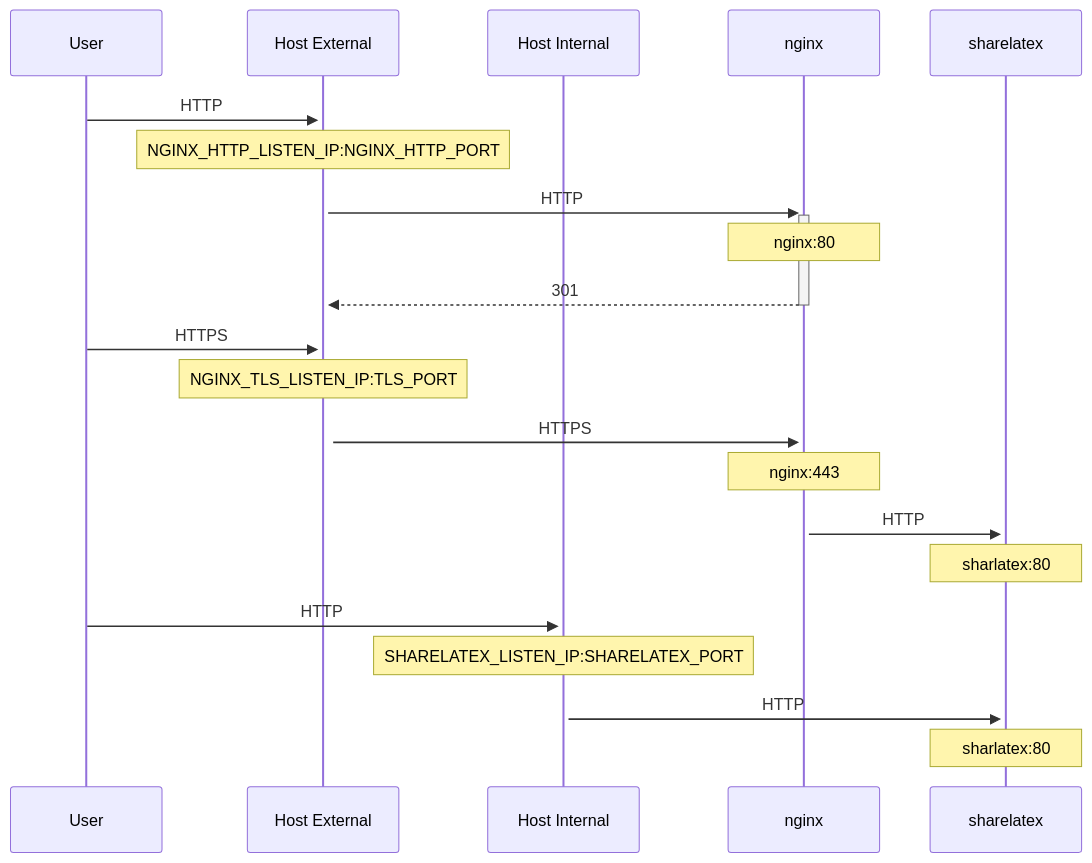
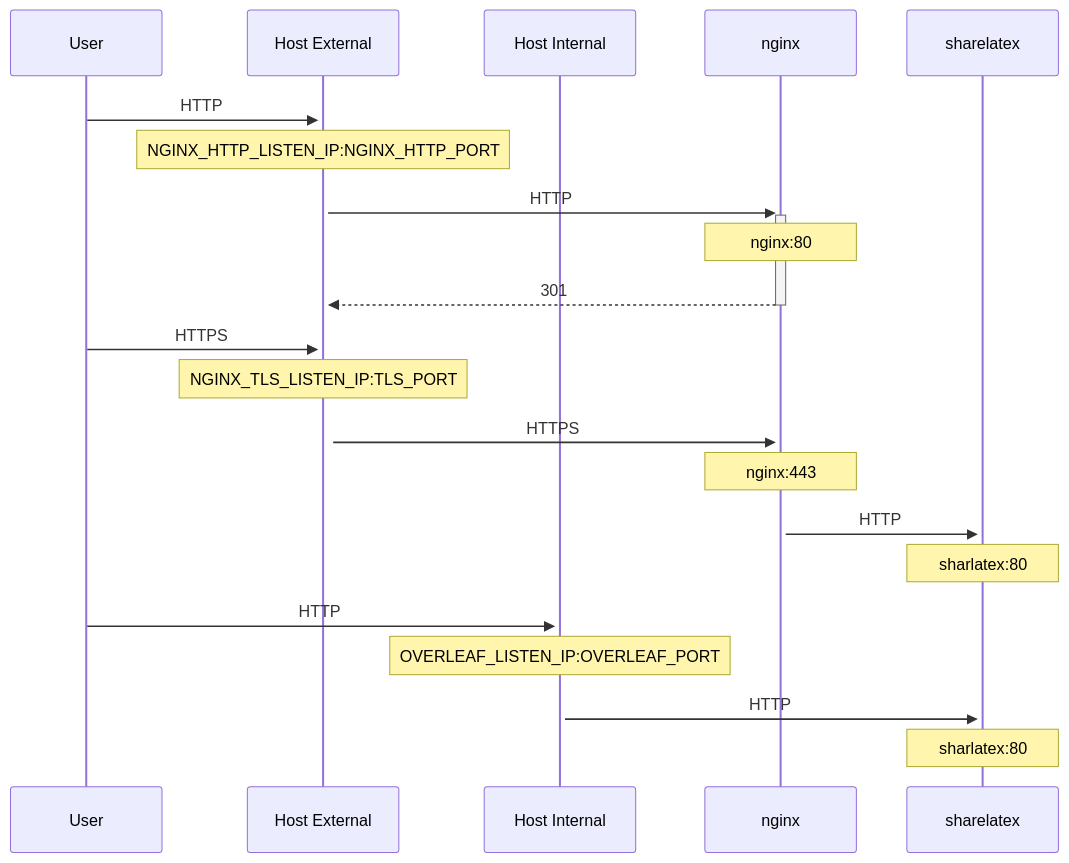
One commit to overleaf/toolkit changed the diagram in doc/tls-proxy.md. Above: the diagram before and after it, drawn with Mermaid. The commit also changed other lines of this file and 12 other files, not shown here.

Commit message:
Rebrand SHARELATEX_ variables in overleaf.rc

````diff
--- a/doc/tls-proxy.md
+++ b/doc/tls-proxy.md
@@ -34,26 +34,26 @@
 ```mermaid
 sequenceDiagram
     participant user as User
     participant external as Host External
     participant internal as Host Internal
     participant nginx as nginx
     participant sharelatex as sharelatex
     %% User connects to external host HTTP
     user->>+ external: HTTP
     note over external: NGINX_HTTP_LISTEN_IP:NGINX_HTTP_PORT
     external->>+ nginx: HTTP
     note over nginx: nginx:80
     nginx-->>-external: 301
     %% User connects to external host HTTPS
     user->>+ external: HTTPS 
     note over external: NGINX_TLS_LISTEN_IP:TLS_PORT
     external->>+ nginx: HTTPS
     note over nginx: nginx:443
     nginx->>+ sharelatex: HTTP
     note over sharelatex: sharlatex:80
     %% User connects to localhost HTTP
     user->>+ internal: HTTP
-    note over internal: SHARELATEX_LISTEN_IP:SHARELATEX_PORT
+    note over internal: OVERLEAF_LISTEN_IP:OVERLEAF_PORT
     internal->>+sharelatex: HTTP
     note over sharelatex: sharlatex:80
 ```
````
